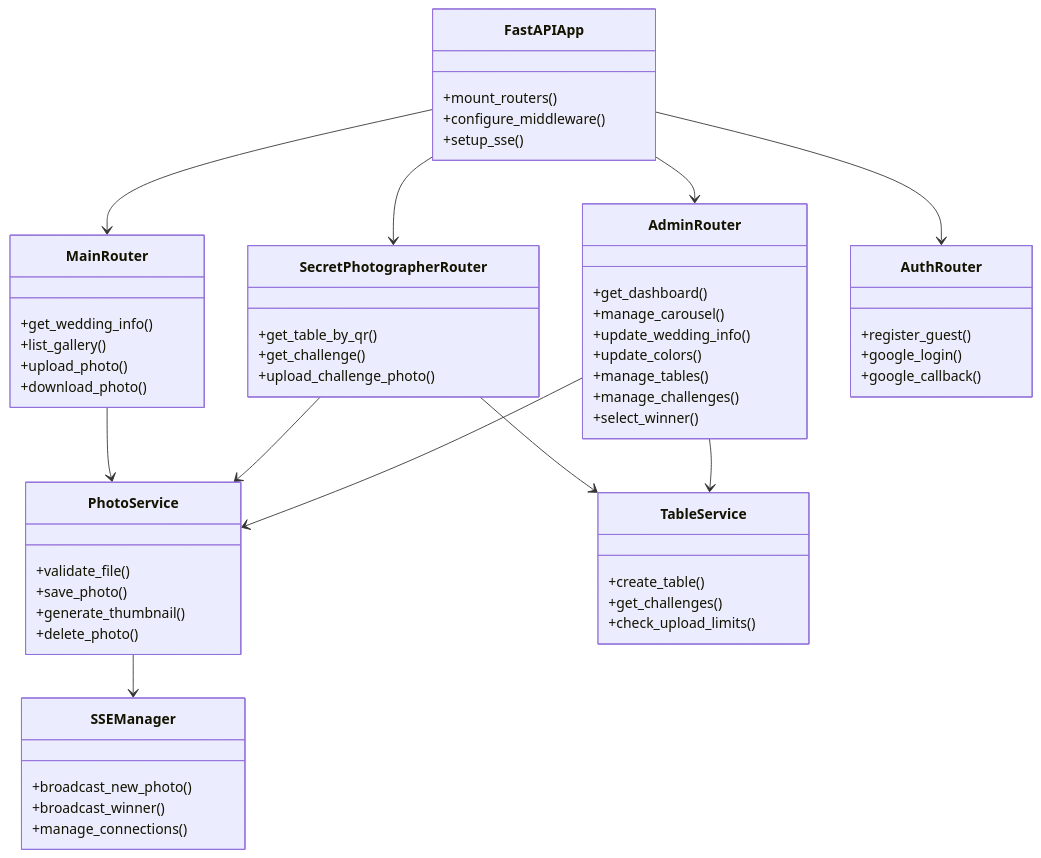
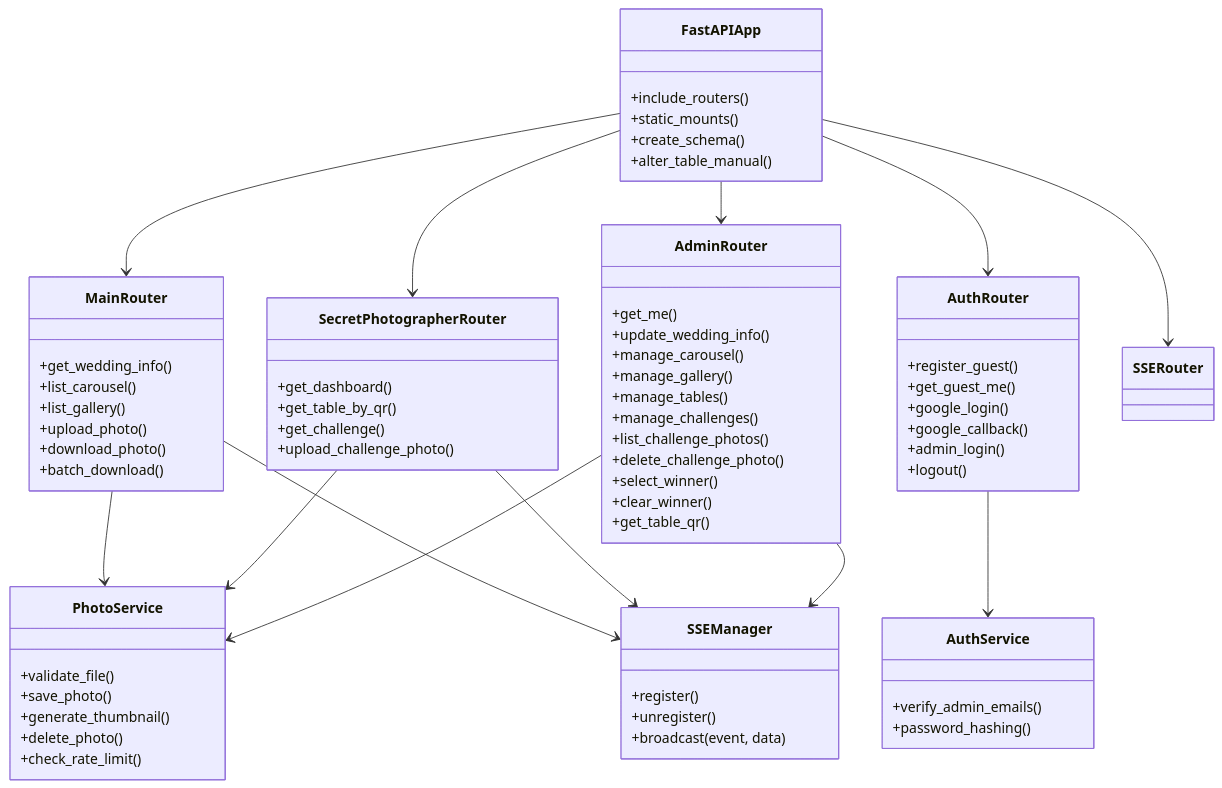
Diagram 11 of 12 in README.md (juniornff/wedding-photo-manager), drawn with Mermaid before and after one commit. The commit also changed other lines of this file and 3 other files, not shown here.

````diff
--- a/README.md
+++ b/README.md
@@ -374,69 +411,82 @@
 ```mermaid
 classDiagram
     class FastAPIApp {
-        +mount_routers()
-        +configure_middleware()
-        +setup_sse()
+        +include_routers()
+        +static_mounts()
+        +create_schema()
+        +alter_table_manual()
     }
 
     class MainRouter {
         +get_wedding_info()
+        +list_carousel()
         +list_gallery()
         +upload_photo()
         +download_photo()
+        +batch_download()
     }
 
     class SecretPhotographerRouter {
+        +get_dashboard()
         +get_table_by_qr()
         +get_challenge()
         +upload_challenge_photo()
     }
 
     class AdminRouter {
-        +get_dashboard()
+        +get_me()
+        +update_wedding_info()
         +manage_carousel()
-        +update_wedding_info()
-        +update_colors()
+        +manage_gallery()
         +manage_tables()
         +manage_challenges()
+        +list_challenge_photos()
+        +delete_challenge_photo()
         +select_winner()
+        +clear_winner()
+        +get_table_qr()
     }
 
     class AuthRouter {
         +register_guest()
+        +get_guest_me()
         +google_login()
         +google_callback()
+        +admin_login()
+        +logout()
     }
 
     class PhotoService {
         +validate_file()
         +save_photo()
         +generate_thumbnail()
         +delete_photo()
+        +check_rate_limit()
     }
 
-    class TableService {
-        +create_table()
-        +get_challenges()
-        +check_upload_limits()
+    class AuthService {
+        +verify_admin_emails()
+        +password_hashing()
     }
 
     class SSEManager {
-        +broadcast_new_photo()
-        +broadcast_winner()
-        +manage_connections()
+        +register()
+        +unregister()
+        +broadcast(event, data)
     }
 
     FastAPIApp --> MainRouter
     FastAPIApp --> SecretPhotographerRouter
     FastAPIApp --> AdminRouter
     FastAPIApp --> AuthRouter
+    FastAPIApp --> SSERouter
 
     MainRouter --> PhotoService
     SecretPhotographerRouter --> PhotoService
-    SecretPhotographerRouter --> TableService
     AdminRouter --> PhotoService
-    AdminRouter --> TableService
+    AuthRouter --> AuthService
 
-    PhotoService --> SSEManager
+    MainRouter --> SSEManager
+    SecretPhotographerRouter --> SSEManager
+    AdminRouter --> SSEManager
 ```
````
